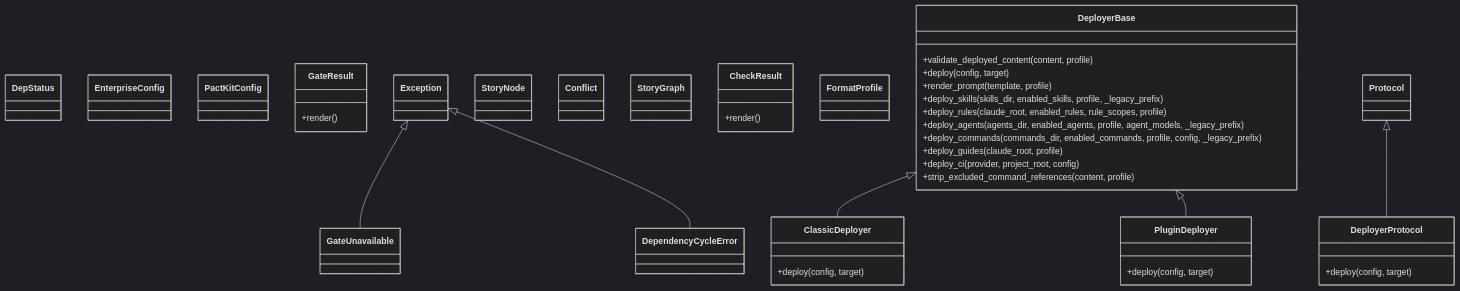
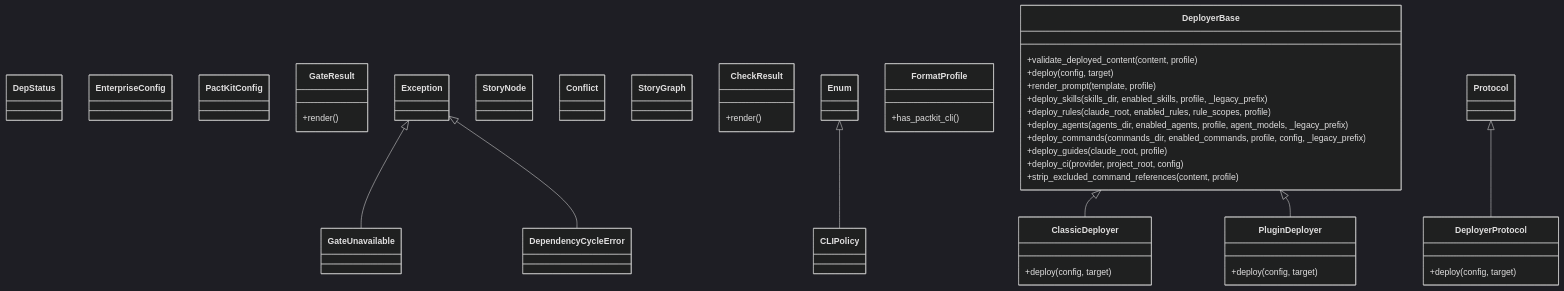
Before and after one commit to pactkit/pactkit-src: the diagram in docs/architecture/graphs/class_graph.mmd, drawn with Mermaid (dark theme). The commit also changed 15 other files, not shown here.

```diff
--- a/docs/architecture/graphs/class_graph.mmd
+++ b/docs/architecture/graphs/class_graph.mmd
@@ -1,51 +1,55 @@
 classDiagram
     class DepStatus {
     }
     class EnterpriseConfig {
     }
     class PactKitConfig {
     }
     class GateResult {
         +render()
     }
     class GateUnavailable {
     }
     Exception <|-- GateUnavailable
     class DependencyCycleError {
     }
     Exception <|-- DependencyCycleError
     class StoryNode {
     }
     class Conflict {
     }
     class StoryGraph {
     }
     class CheckResult {
         +render()
     }
+    class CLIPolicy {
+    }
+    Enum <|-- CLIPolicy
     class FormatProfile {
+        +has_pactkit_cli()
     }
     class ClassicDeployer {
         +deploy(config, target)
     }
     DeployerBase <|-- ClassicDeployer
     class PluginDeployer {
         +deploy(config, target)
     }
     DeployerBase <|-- PluginDeployer
     class DeployerProtocol {
         +deploy(config, target)
     }
     Protocol <|-- DeployerProtocol
     class DeployerBase {
         +validate_deployed_content(content, profile)
         +deploy(config, target)
         +render_prompt(template, profile)
         +deploy_skills(skills_dir, enabled_skills, profile, _legacy_prefix)
         +deploy_rules(claude_root, enabled_rules, rule_scopes, profile)
         +deploy_agents(agents_dir, enabled_agents, profile, agent_models, _legacy_prefix)
         +deploy_commands(commands_dir, enabled_commands, profile, config, _legacy_prefix)
         +deploy_guides(claude_root, profile)
         +deploy_ci(provider, project_root, config)
         +strip_excluded_command_references(content, profile)
     }
```
